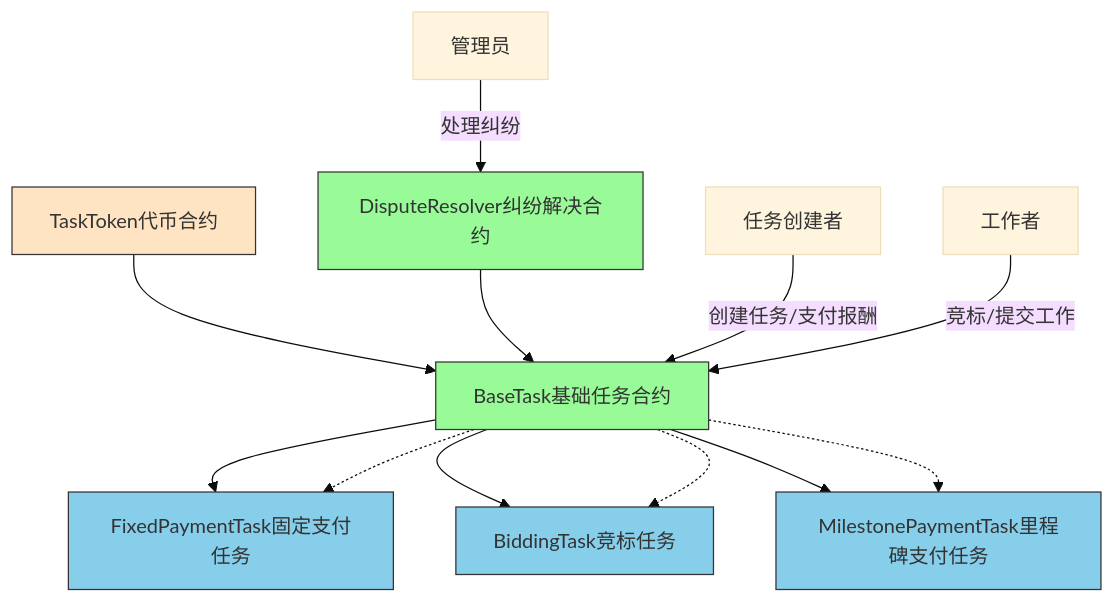
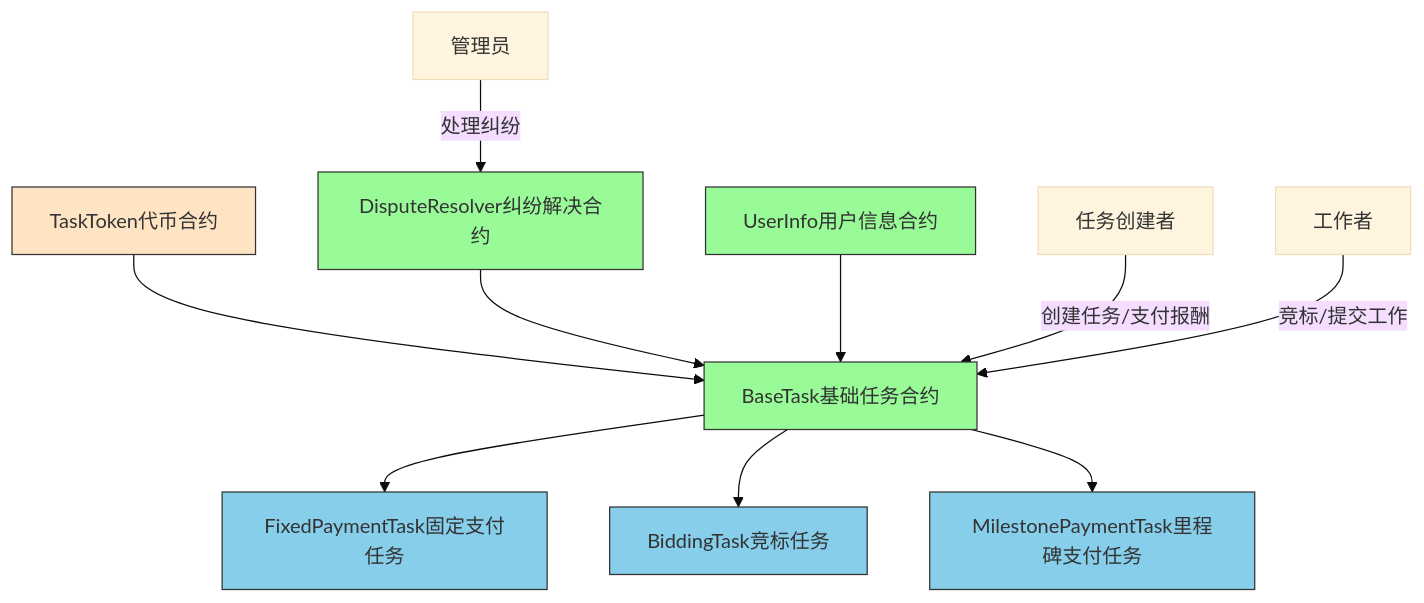
The first of 5 diagrams in README.md (KamisAyaka/crowdsourcing), drawn with Mermaid (base theme) before and after one commit. The commit also changed other lines of this file and 3 other files, not shown here.

````diff
--- a/README.md
+++ b/README.md
@@ -23,23 +23,23 @@
 ```mermaid
 graph TD
     A[TaskToken代币合约] --> B[BaseTask基础任务合约]
     C[DisputeResolver纠纷解决合约] --> B
-    B --> D[FixedPaymentTask固定支付任务]
-    B --> E[BiddingTask竞标任务]
-    B --> F[MilestonePaymentTask里程碑支付任务]
+    D[UserInfo用户信息合约] --> B
+    B --> E[FixedPaymentTask固定支付任务]
+    B --> F[BiddingTask竞标任务]
+    B --> G[MilestonePaymentTask里程碑支付任务]
 
     H[任务创建者] -->|创建任务/支付报酬| B
     I[工作者] -->|竞标/提交工作| B
     J[管理员] -->|处理纠纷| C
 
-    B -.-> D
-    B -.-> E
-    B -.-> F
+
 
     style A fill:#FFE4C4,stroke:#333
     style B fill:#98FB98,stroke:#333
     style C fill:#98FB98,stroke:#333
-    style D fill:#87CEEB,stroke:#333
+    style D fill:#98FB98,stroke:#333
     style E fill:#87CEEB,stroke:#333
     style F fill:#87CEEB,stroke:#333
+    style G fill:#87CEEB,stroke:#333
 ```
````
